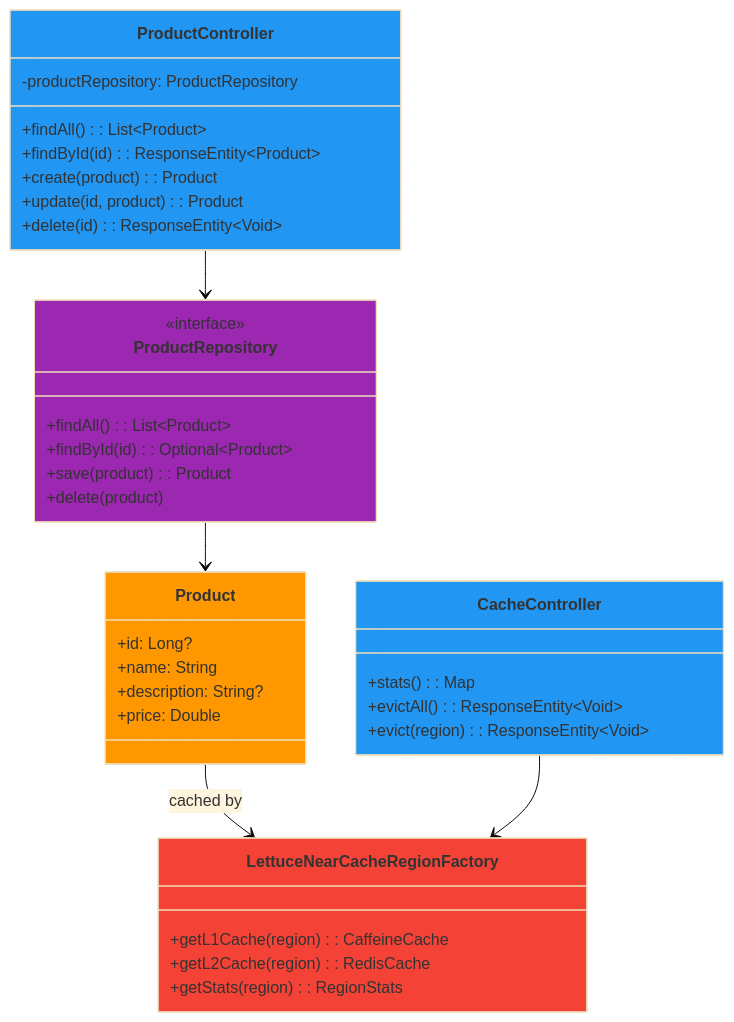
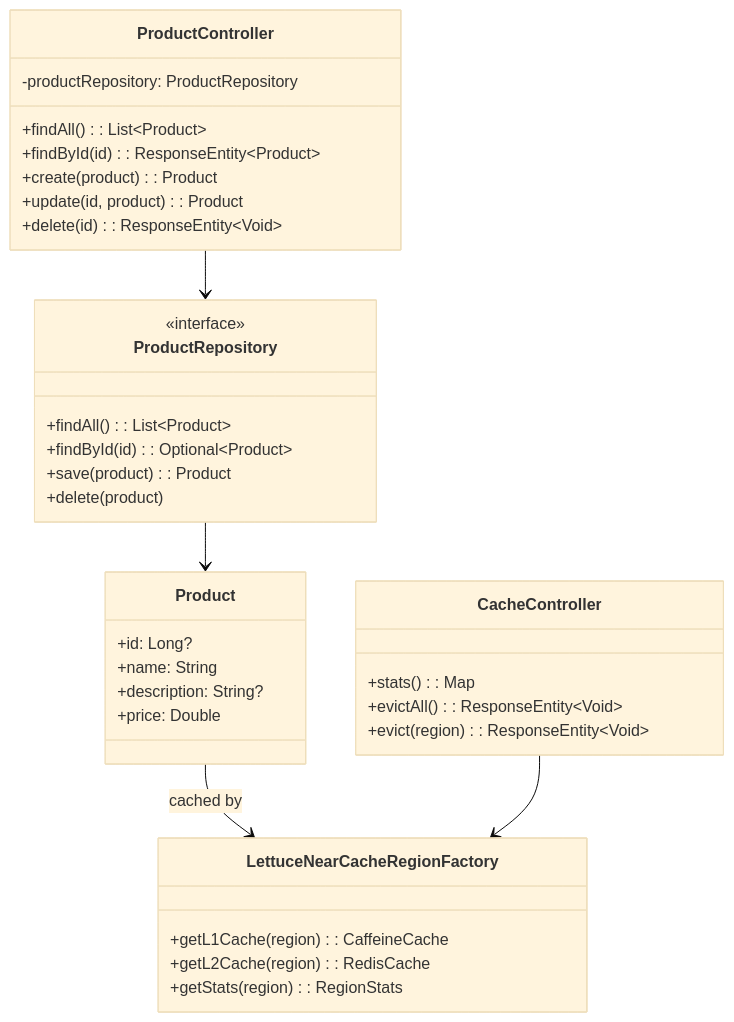
The first of 2 diagrams in spring-boot3/hibernate-lettuce-demo/README.md (bluetape4k/bluetape4k-projects), drawn with Mermaid (base theme) before and after one commit. The commit also changed 95 other files, not shown here.

First line of the commit message:
docs: Mermaid 파서 오류 전체 수정 (IntelliJ IDEA 호환)

````diff
--- a/spring-boot3/hibernate-lettuce-demo/README.md
+++ b/spring-boot3/hibernate-lettuce-demo/README.md
@@ -36,45 +36,39 @@
 ```mermaid
 classDiagram
-    class ProductController:::controllerStyle {
+    class ProductController {
         -productRepository: ProductRepository
         +findAll(): List~Product~
         +findById(id): ResponseEntity~Product~
         +create(product): Product
         +update(id, product): Product
         +delete(id): ResponseEntity~Void~
     }
-    class CacheController:::controllerStyle {
+    class CacheController {
         +stats(): Map
         +evictAll(): ResponseEntity~Void~
         +evict(region): ResponseEntity~Void~
     }
-    class ProductRepository:::repoStyle {
+    class ProductRepository {
         <<interface>>
         +findAll(): List~Product~
         +findById(id): Optional~Product~
         +save(product): Product
         +delete(product)
     }
-    class Product:::entityStyle {
+    class Product {
         +id: Long?
         +name: String
         +description: String?
         +price: Double
     }
-    class LettuceNearCacheRegionFactory:::cacheStyle {
+    class LettuceNearCacheRegionFactory {
         +getL1Cache(region): CaffeineCache
         +getL2Cache(region): RedisCache
         +getStats(region): RegionStats
     }
-    classDef controllerStyle fill:#2196F3
-    classDef serviceStyle fill:#4CAF50
-    classDef repoStyle fill:#9C27B0
-    classDef entityStyle fill:#FF9800
-    classDef configStyle fill:#607D8B
-    classDef cacheStyle fill:#F44336
 
     ProductController --> ProductRepository
     ProductRepository --> Product
     Product --> LettuceNearCacheRegionFactory : cached by
     CacheController --> LettuceNearCacheRegionFactory
 ```
````
